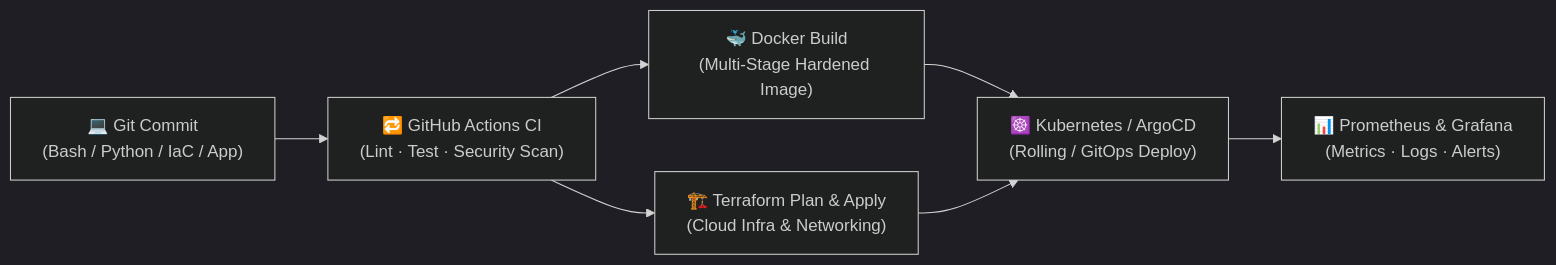
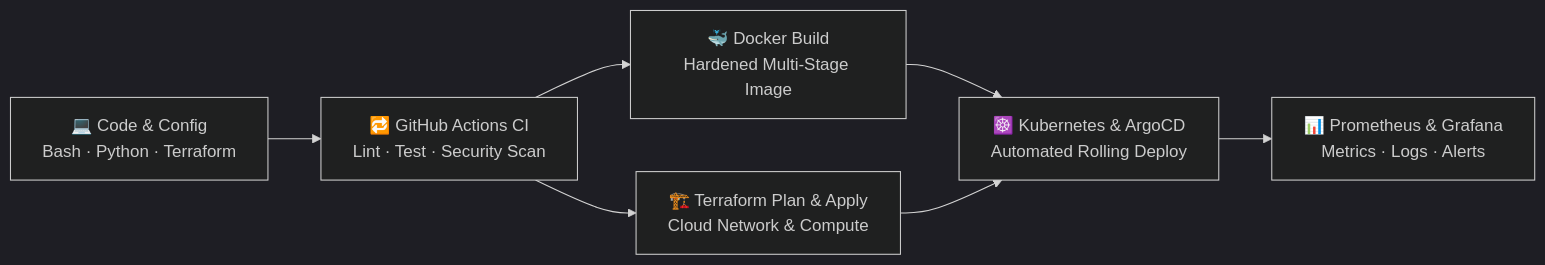
Before and after one commit to JunioSilvestre/JunioSilvestre: the second of 4 diagrams in README.md, drawn with Mermaid (dark theme). The commit also changed other lines of this file, not shown here.

Commit message:
Refine profile to Linux Systems Engineer, replace code blocks with visual Mermaid workflows

````diff
--- a/README.md
+++ b/README.md
@@ -75,9 +63,9 @@
 ```mermaid
 flowchart LR
-    A["💻 Git Commit\n(Bash / Python / IaC / App)"] --> B["🔁 GitHub Actions CI\n(Lint · Test · Security Scan)"]
-    B --> C["🐳 Docker Build\n(Multi-Stage Hardened Image)"]
-    B --> D["🏗️ Terraform Plan & Apply\n(Cloud Infra & Networking)"]
-    C --> E["☸️ Kubernetes / ArgoCD\n(Rolling / GitOps Deploy)"]
+    A["💻 Code & Config<br/>Bash · Python · Terraform"] --> B["🔁 GitHub Actions CI<br/>Lint · Test · Security Scan"]
+    B --> C["🐳 Docker Build<br/>Hardened Multi-Stage Image"]
+    B --> D["🏗️ Terraform Plan & Apply<br/>Cloud Network & Compute"]
+    C --> E["☸️ Kubernetes & ArgoCD<br/>Automated Rolling Deploy"]
     D --> E
-    E --> F["📊 Prometheus & Grafana\n(Metrics · Logs · Alerts)"]
+    E --> F["📊 Prometheus & Grafana<br/>Metrics · Logs · Alerts"]
 ```
````
